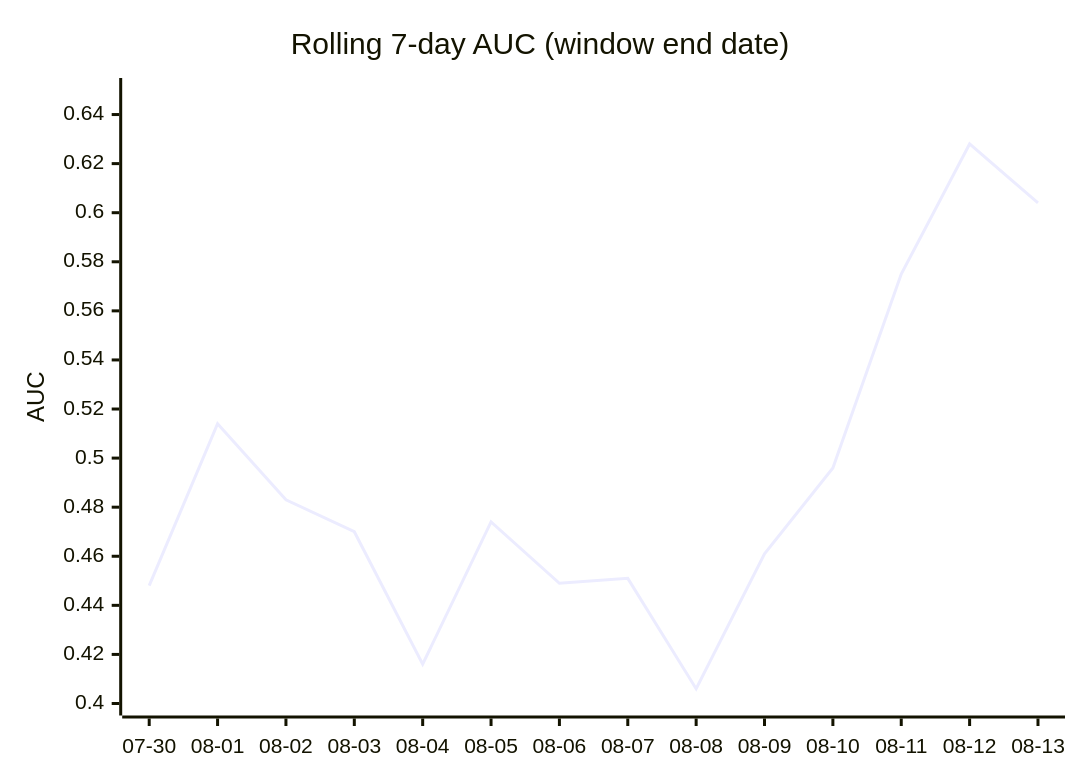
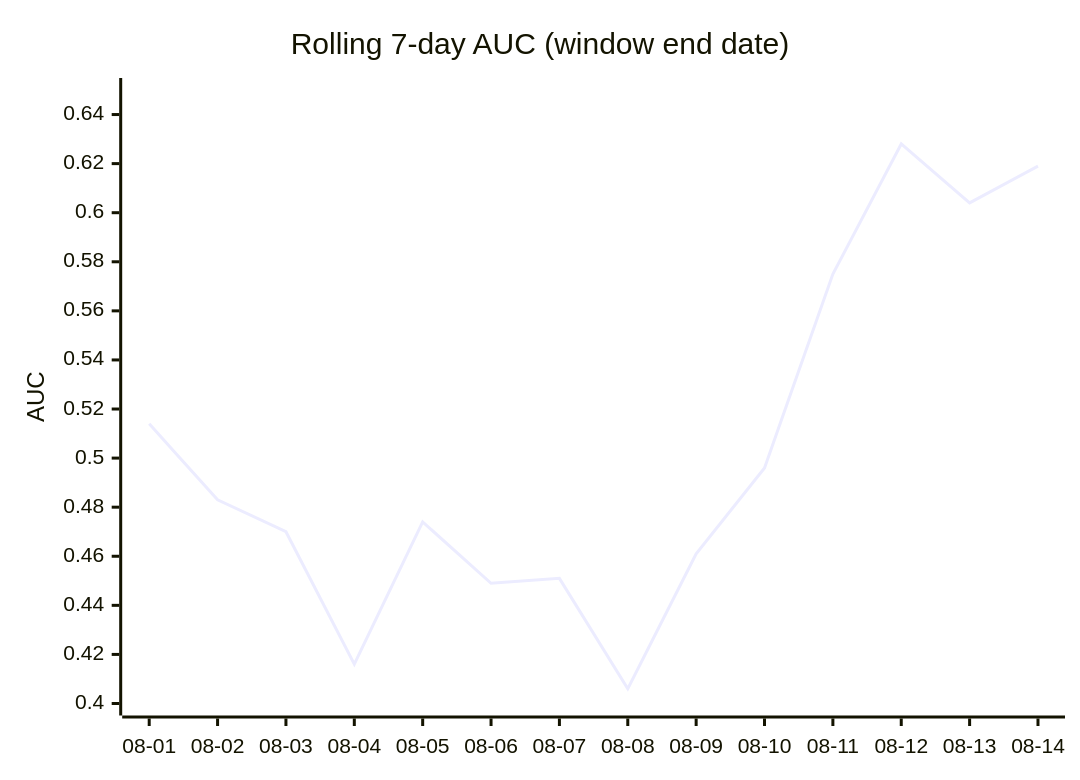
Before and after one commit to dpk1212/nhl-savant: the third of 4 diagrams in DAILY_AGSU_REPORT.md, drawn with Mermaid. The commit also changed other lines of this file, not shown here.

````diff
--- a/DAILY_AGSU_REPORT.md
+++ b/DAILY_AGSU_REPORT.md
@@ -797,7 +807,7 @@
 ```mermaid
 xychart-beta
     title "Rolling 7-day AUC (window end date)"
-    x-axis ["07-30", "08-01", "08-02", "08-03", "08-04", "08-05", "08-06", "08-07", "08-08", "08-09", "08-10", "08-11", "08-12", "08-13"]
+    x-axis ["08-01", "08-02", "08-03", "08-04", "08-05", "08-06", "08-07", "08-08", "08-09", "08-10", "08-11", "08-12", "08-13", "08-14"]
     y-axis "AUC" 0.4 --> 0.65
-    line [0.448, 0.514, 0.483, 0.47, 0.416, 0.474, 0.449, 0.451, 0.406, 0.461, 0.496, 0.575, 0.628, 0.604]
+    line [0.514, 0.483, 0.47, 0.416, 0.474, 0.449, 0.451, 0.406, 0.461, 0.496, 0.575, 0.628, 0.604, 0.619]
 ```
````
